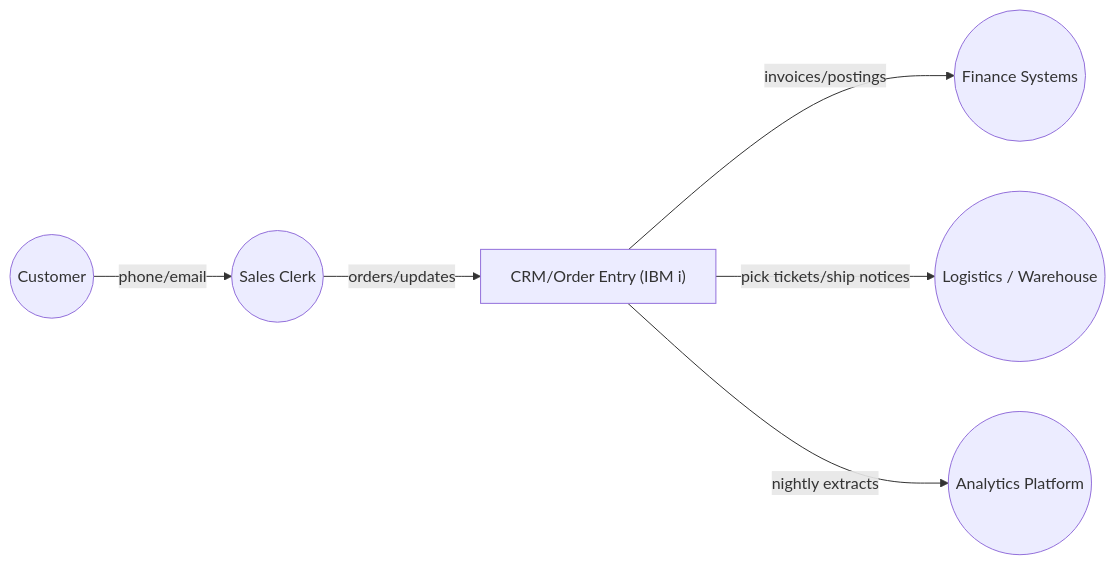
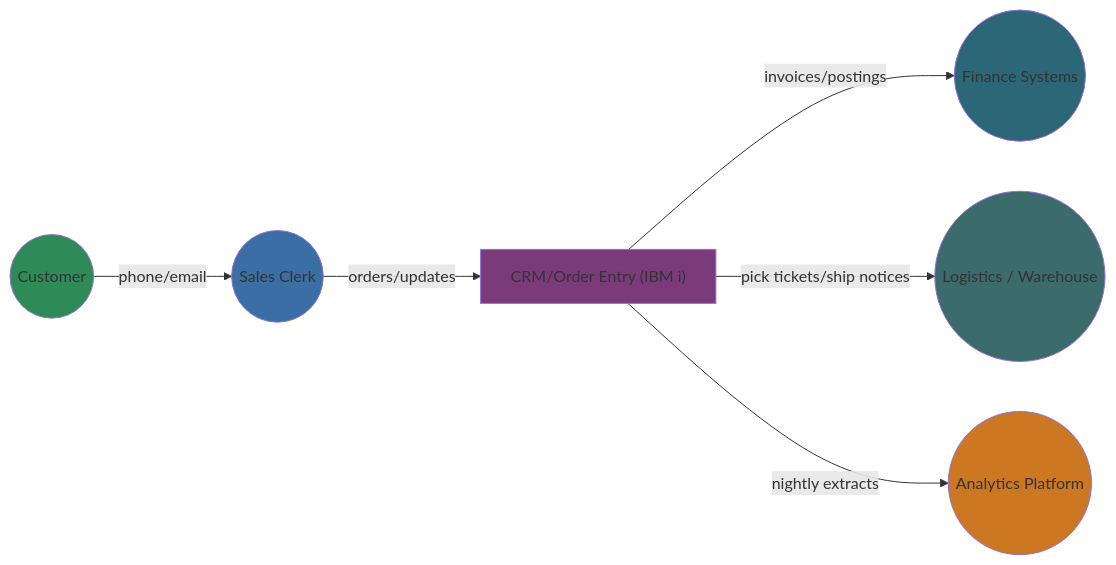
One commit to asynkron/CobolDemo-GITST changed the first of 6 diagrams in docs/architecture/overview.md. Above: the diagram before and after it, drawn with Mermaid. The commit also changed other lines of this file and 7 other files, not shown here.

Commit message:
Add accent fills to documentation mermaid diagrams

````diff
--- a/docs/architecture/overview.md
+++ b/docs/architecture/overview.md
@@ -7,15 +7,22 @@
 ```mermaid
 flowchart LR
     Customer((Customer))
     SalesClerk((Sales Clerk))
     CRM["CRM/Order Entry (IBM i)"]
     Finance((Finance Systems))
     Logistics((Logistics / Warehouse))
     Analytics((Analytics Platform))
 
     Customer -- phone/email --> SalesClerk
     SalesClerk -- orders/updates --> CRM
     CRM -- invoices/postings --> Finance
     CRM -- pick tickets/ship notices --> Logistics
     CRM -- nightly extracts --> Analytics
+    %% Draw attention to the IBM i hub and human touchpoints.
+    style CRM fill:#7B3B7B
+    style SalesClerk fill:#3A6EA5
+    style Customer fill:#2E8B57
+    style Finance fill:#2B6777
+    style Logistics fill:#3B6B6B
+    style Analytics fill:#CC7722
 ```
````
